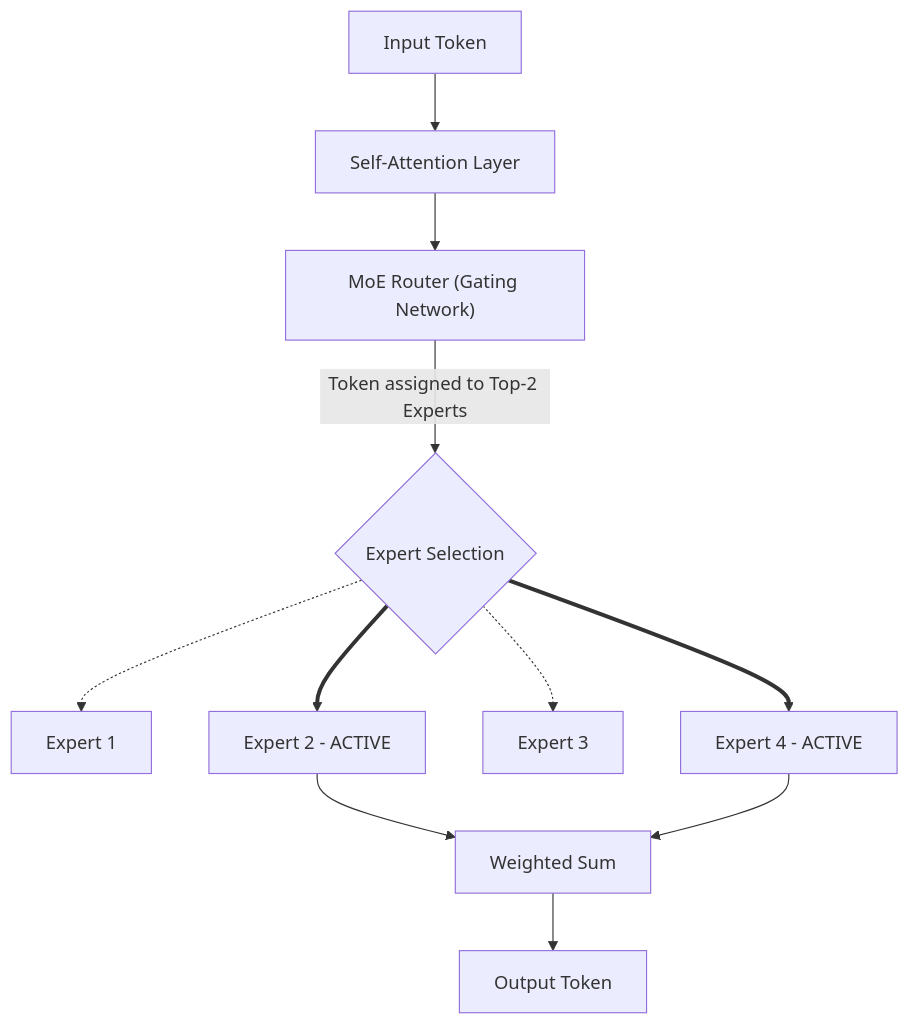
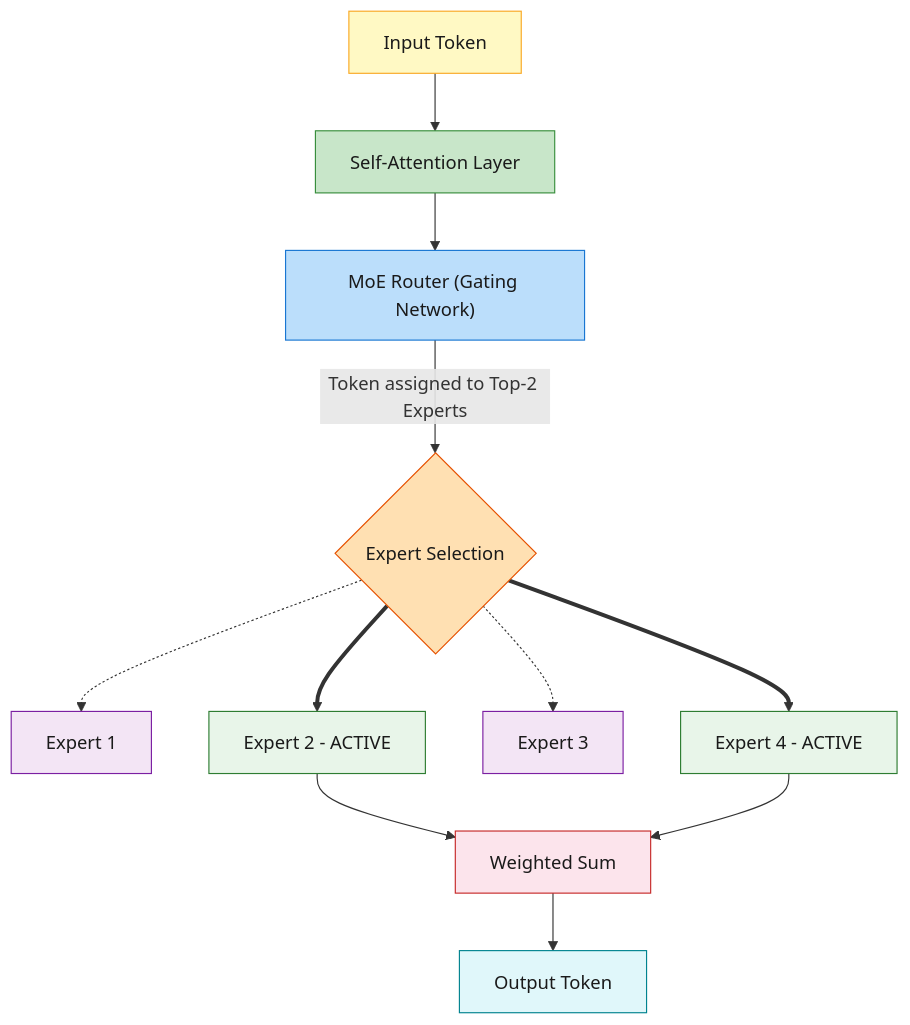
One commit to GyanendraChaubey/AI-Engineering-Notes changed the first of 2 diagrams in docs/15-miscellaneous/README.md. Above: the diagram before and after it, drawn with Mermaid. The commit also changed other lines of this file and 15 other files, not shown here.

Commit message:
style: apply light color palette to remaining Mermaid diagrams (docs 15 & 16)

````diff
--- a/docs/15-miscellaneous/README.md
+++ b/docs/15-miscellaneous/README.md
@@ -63,17 +63,34 @@
 ```mermaid
 flowchart TD
-    A["Input Token"] --> B["Self-Attention Layer"]
-    B --> C["MoE Router (Gating Network)"]
-    
-    C -->|"Token assigned to Top-2 Experts"| D{"Expert Selection"}
-    
-    D -.-> E1["Expert 1"]
-    D ==> E2["Expert 2 - ACTIVE"]
-    D -.-> E3["Expert 3"]
-    D ==> E4["Expert 4 - ACTIVE"]
-    
-    E2 --> F["Weighted Sum"]
+    A["Input Token"]
+    B["Self-Attention Layer"]
+    C["MoE Router (Gating Network)"]
+    D{"Expert Selection"}
+    E1["Expert 1"]
+    E2["Expert 2 - ACTIVE"]
+    E3["Expert 3"]
+    E4["Expert 4 - ACTIVE"]
+    F["Weighted Sum"]
+    G["Output Token"]
+
+    A --> B --> C
+    C -->|"Token assigned to Top-2 Experts"| D
+    D -.-> E1
+    D ==> E2
+    D -.-> E3
+    D ==> E4
+    E2 --> F
     E4 --> F
-    
-    F --> G["Output Token"]
+    F --> G
+
+    style A fill:#FFF9C4,stroke:#F9A825,color:#1a1a1a
+    style B fill:#C8E6C9,stroke:#388E3C,color:#1a1a1a
+    style C fill:#BBDEFB,stroke:#1976D2,color:#1a1a1a
+    style D fill:#FFE0B2,stroke:#E65100,color:#1a1a1a
+    style E1 fill:#F3E5F5,stroke:#7B1FA2,color:#1a1a1a
+    style E2 fill:#E8F5E9,stroke:#2E7D32,color:#1a1a1a
+    style E3 fill:#F3E5F5,stroke:#7B1FA2,color:#1a1a1a
+    style E4 fill:#E8F5E9,stroke:#2E7D32,color:#1a1a1a
+    style F fill:#FCE4EC,stroke:#C62828,color:#1a1a1a
+    style G fill:#E0F7FA,stroke:#00838F,color:#1a1a1a
 ```
````
